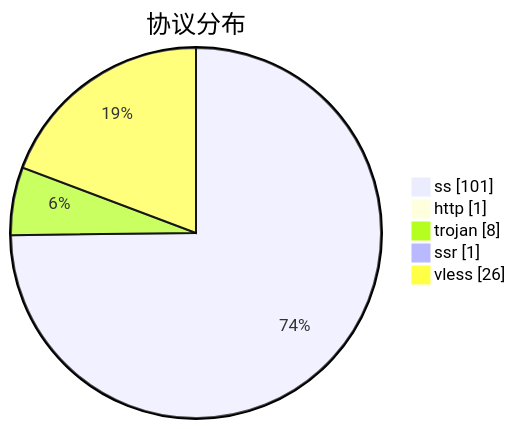
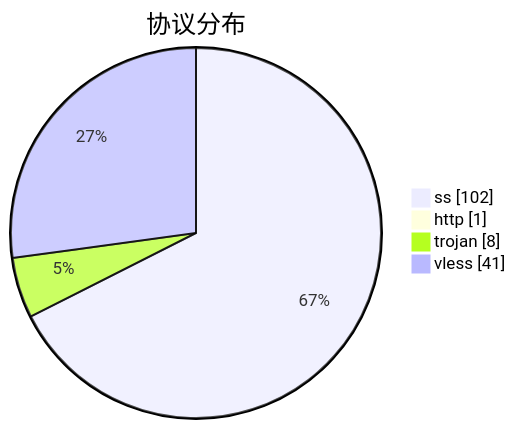
Before and after one commit to qjlxg/airport: the third of 3 diagrams in subs/statistics/tested_within.md, drawn with Mermaid. The commit also changed other lines of this file and 2 other files, not shown here.

````diff
--- a/subs/statistics/tested_within.md
+++ b/subs/statistics/tested_within.md
@@ -16,9 +16,8 @@
 ```mermaid
 pie showData
 title 协议分布
-"ss" : 101
+"ss" : 102
 "http" : 1
 "trojan" : 8
-"ssr" : 1
-"vless" : 26
+"vless" : 41
 ```
````
